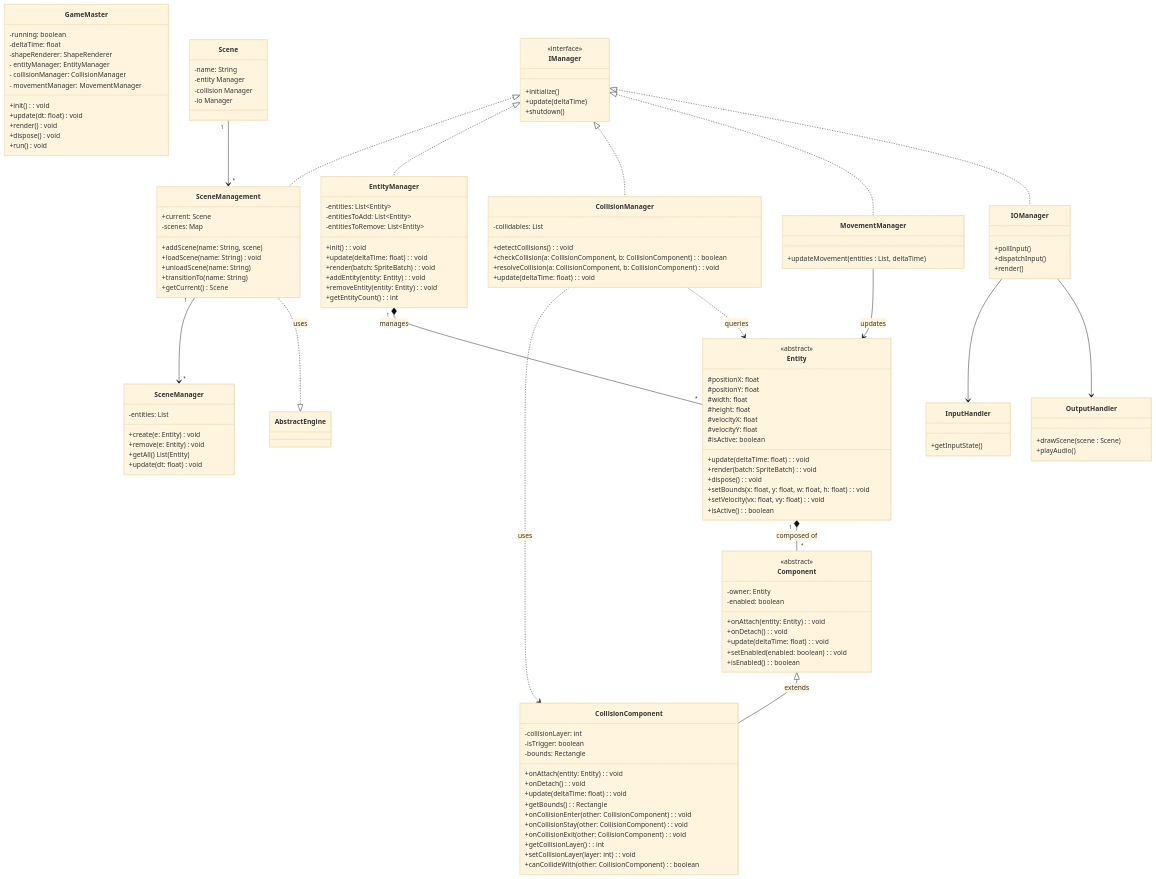
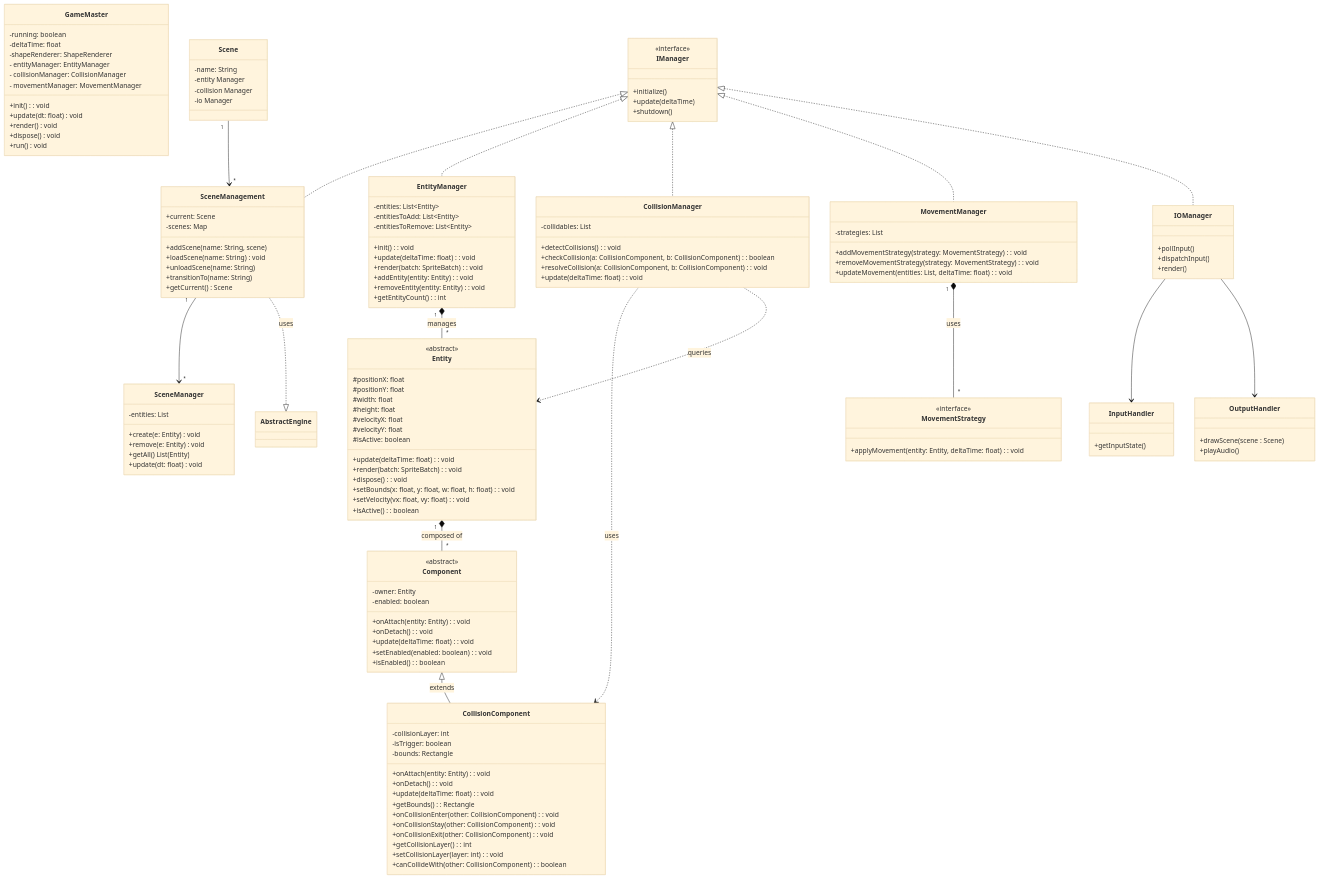
The diagram in classDiagram.mmd (limxinchian/OOP-UML), drawn with Mermaid (base theme) before and after one commit.

Commit message:
Added movementManager and abstract movement class

```diff
--- a/classDiagram.mmd
+++ b/classDiagram.mmd
@@ -1,177 +1,186 @@
 classDiagram
     %% ============================
     %% Core Engine
     %% ============================
     class GameMaster {
         -running: boolean
         -deltaTime: float
         -shapeRenderer: ShapeRenderer
         - entityManager: EntityManager         
         - collisionManager: CollisionManager   
         - movementManager: MovementManager
 
         +init(): void
         +update(dt: float) void
         +render() void
         +dispose() void
         +run() void
     }
 
     class IManager {
         <<interface>>
         +initialize()
         +update(deltaTime)
         +shutdown()
     }
 
     IManager <|.. SceneManagement
     IManager <|.. EntityManager
     IManager <|.. CollisionManager
     IManager <|.. MovementManager
     IManager <|.. IOManager
 
     %% ============================
     %% Scene Management
     %% ============================
     class SceneManagement {
         +current: Scene
         -scenes: Map<String, Scene>
         +addScene(name: String, scene)
         +loadScene(name: String) void
         +unloadScene(name: String)
         +transitionTo(name: String)
         +getCurrent() Scene
     }
 
     class SceneManager {
         -entities: List<Entity>
         +create(e: Entity) void
         +remove(e: Entity) void
         +getAll() List(Entity)
         +update(dt: float) void
     }
 
     class Scene {
         -name: String
         -entity Manager
         -collision Manager
         -io Manager
     }
 
     SceneManagement "1" --> "*" SceneManager
     Scene "1" --> "*" SceneManagement
     SceneManagement ..|> AbstractEngine: uses
 
     %% ============================
     %% Entity & Component Model
     %% ============================
     class EntityManager {
         -entities: List~Entity~
         -entitiesToAdd: List~Entity~
         -entitiesToRemove: List~Entity~
         
         +init(): void
         +update(deltaTime: float): void
         +render(batch: SpriteBatch): void
         +addEntity(entity: Entity): void
         +removeEntity(entity: Entity): void
         +getEntityCount(): int
     }
 
    class Entity {
         <<abstract>>
         #positionX: float
         #positionY: float
         #width: float
         #height: float
         #velocityX: float
         #velocityY: float
         #isActive: boolean
         
         +update(deltaTime: float): void
         +render(batch: SpriteBatch): void
         +dispose(): void
         +setBounds(x: float, y: float, w: float, h: float): void
         +setVelocity(vx: float, vy: float): void
         +isActive(): boolean
     }
 
     %% Relationship: Manager owns Entity
     EntityManager "1" *-- "*" Entity : manages
 
     class Component {
     <<abstract>>
     -owner: Entity
     -enabled: boolean
     
     +onAttach(entity: Entity): void
     +onDetach(): void
     +update(deltaTime: float): void
     +setEnabled(enabled: boolean): void
     +isEnabled(): boolean
 }
 
 class CollisionComponent {
     -collisionLayer: int
     -isTrigger: boolean
     -bounds: Rectangle
     
     +onAttach(entity: Entity): void
     +onDetach(): void
     +update(deltaTime: float): void
     +getBounds(): Rectangle
     +onCollisionEnter(other: CollisionComponent): void
     +onCollisionStay(other: CollisionComponent): void
     +onCollisionExit(other: CollisionComponent): void
     +getCollisionLayer(): int
     +setCollisionLayer(layer: int): void
     +canCollideWith(other: CollisionComponent): boolean
 }
 
 Component <|-- CollisionComponent : extends
 
     Entity "1" *-- "*" Component : composed of
 
     %% ============================
     %% Collision Management
     %% ============================
 
     class CollisionManager {
     -collidables: List<CollisionComponent>
     +detectCollisions(): void
     +checkCollision(a: CollisionComponent, b: CollisionComponent): boolean
     +resolveCollision(a: CollisionComponent, b: CollisionComponent): void
     +update(deltaTime: float): void
 }
 
     CollisionManager ..> CollisionComponent : uses
     CollisionManager ..> Entity : queries
+
     %% ============================
     %% Movement Management
     %% ============================
     class MovementManager {
-        +updateMovement(entities : List, deltaTime)
+        -strategies: List<MovementStrategy>
+        +addMovementStrategy(strategy: MovementStrategy): void
+        +removeMovementStrategy(strategy: MovementStrategy): void
+        +updateMovement(entities: List<Entity>, deltaTime: float): void
     }
 
-    MovementManager --> Entity : updates
+    class MovementStrategy {
+        <<interface>>
+        +applyMovement(entity: Entity, deltaTime: float): void
+    }
+
+    MovementManager "1" *-- "*" MovementStrategy : uses
 
     %% ============================
     %% Input / Output Management
     %% ============================
     class IOManager {
         +pollInput()
         +dispatchInput()
         +render()
     }
 
     class InputHandler {
         +getInputState()
     }
 
     class OutputHandler {
         +drawScene(scene : Scene)
         +playAudio()
     }
 
     IOManager --> InputHandler
     IOManager --> OutputHandler
```
